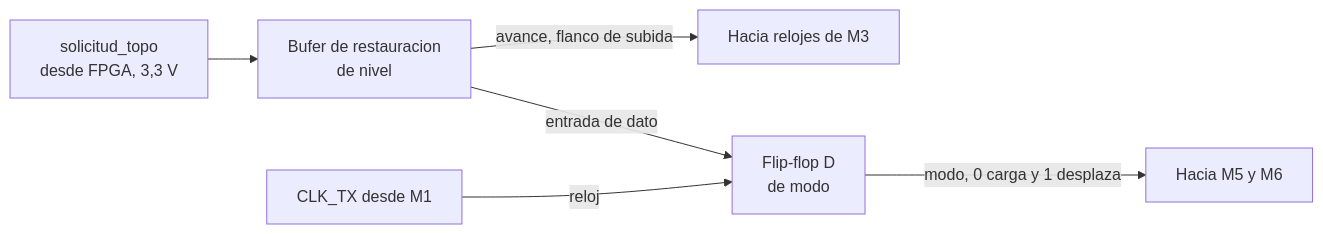
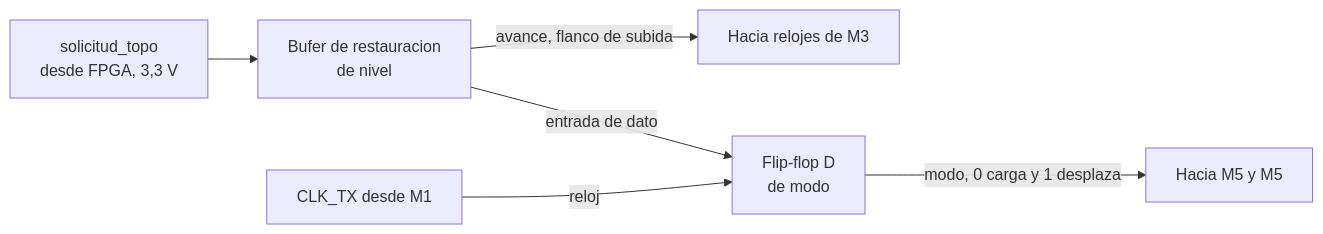
One commit to Taller-de-diseno-digital-GR01/Proyecto-1-Whack-a-mole changed the second of 5 diagrams in Diagramas/diagrama_lvl_4.md. Above: the diagram before and after it, drawn with Mermaid. The commit also changed other lines of this file, not shown here.

````diff
--- a/Diagramas/diagrama_lvl_4.md
+++ b/Diagramas/diagrama_lvl_4.md
@@ -121,8 +120,8 @@
 ```mermaid
 flowchart LR
     SOL["solicitud_topo<br/>desde FPGA, 3,3 V"] --> BUF["Bufer de restauracion<br/>de nivel"]
     BUF -->|"avance, flanco de subida"| M3D["Hacia relojes de M3"]
     BUF -->|"entrada de dato"| FFM["Flip-flop D<br/>de modo"]
     CLK["CLK_TX desde M1"] -->|"reloj"| FFM
-    FFM -->|"modo, 0 carga y 1 desplaza"| DEST["Hacia M5 y M6"]
+    FFM -->|"modo, 0 carga y 1 desplaza"| DEST["Hacia M5 y M5"]
 ```
````
